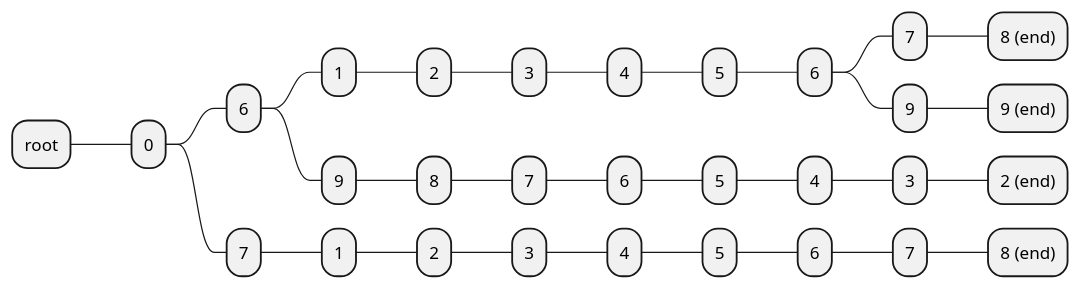
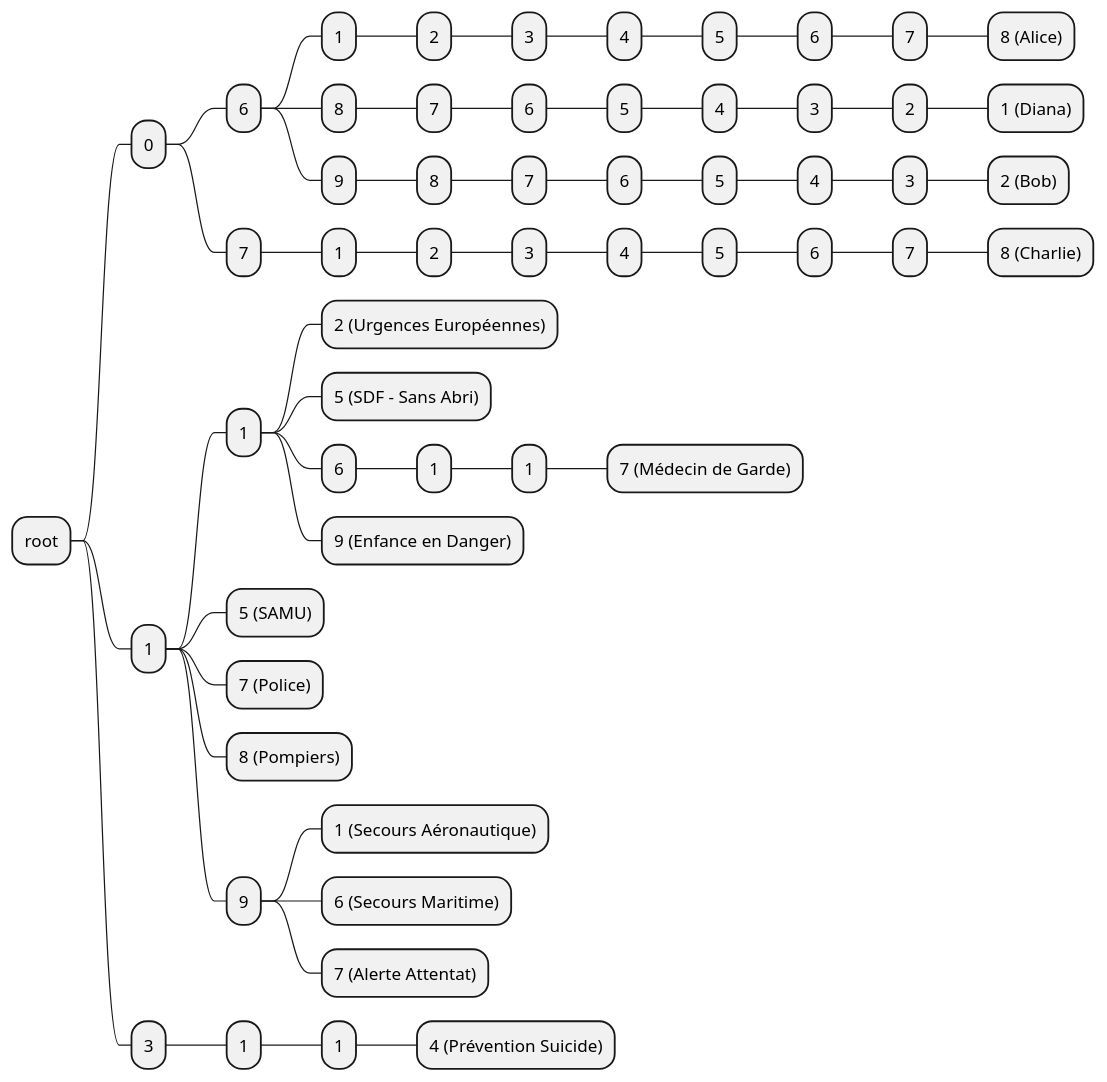
Before and after one commit to alexgd69/Phone_Number_Manager: the diagram in graph/04_common_parts.puml, drawn with PlantUML. The commit also changed 2 other files, not shown here.

```diff
--- a/graph/04_common_parts.puml
+++ b/graph/04_common_parts.puml
@@ -1,32 +1,58 @@
 @startmindmap
 * root
 ** 0
 *** 6
 **** 1
 ***** 2
 ****** 3
 ******* 4
 ******** 5
 ********* 6
 ********** 7
-*********** 8 (end)
-********** 9
-*********** 9 (end)
+*********** 8 (Alice)
+**** 8
+***** 7
+****** 6
+******* 5
+******** 4
+********* 3
+********** 2
+*********** 1 (Diana)
 **** 9
 ***** 8
 ****** 7
 ******* 6
 ******** 5
 ********* 4
 ********** 3
-*********** 2 (end)
+*********** 2 (Bob)
 *** 7
 **** 1
 ***** 2
 ****** 3
 ******* 4
 ******** 5
 ********* 6
 ********** 7
-*********** 8 (end)
+*********** 8 (Charlie)
+** 1
+*** 1
+**** 2 (Urgences Européennes)
+**** 5 (SDF - Sans Abri)
+**** 6
+***** 1
+****** 1
+******* 7 (Médecin de Garde)
+**** 9 (Enfance en Danger)
+*** 5 (SAMU)
+*** 7 (Police)
+*** 8 (Pompiers)
+*** 9
+**** 1 (Secours Aéronautique)
+**** 6 (Secours Maritime)
+**** 7 (Alerte Attentat)
+** 3
+*** 1
+**** 1
+***** 4 (Prévention Suicide)
 @endmindmap
```
